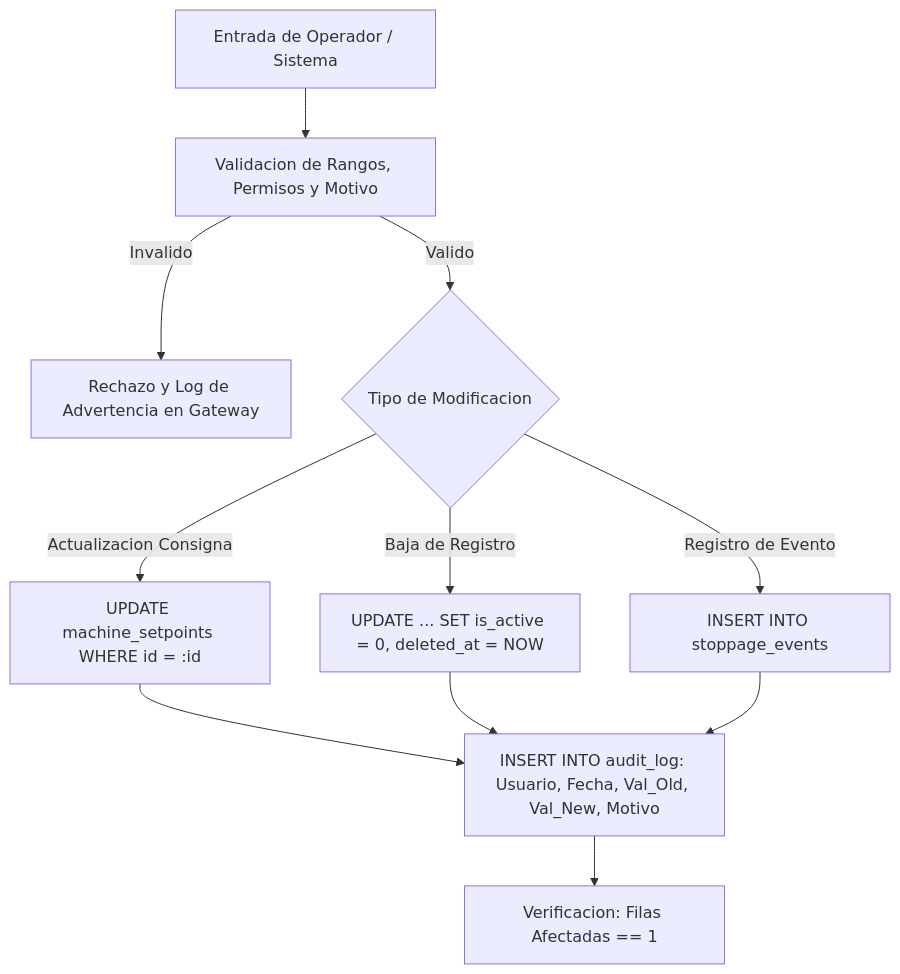
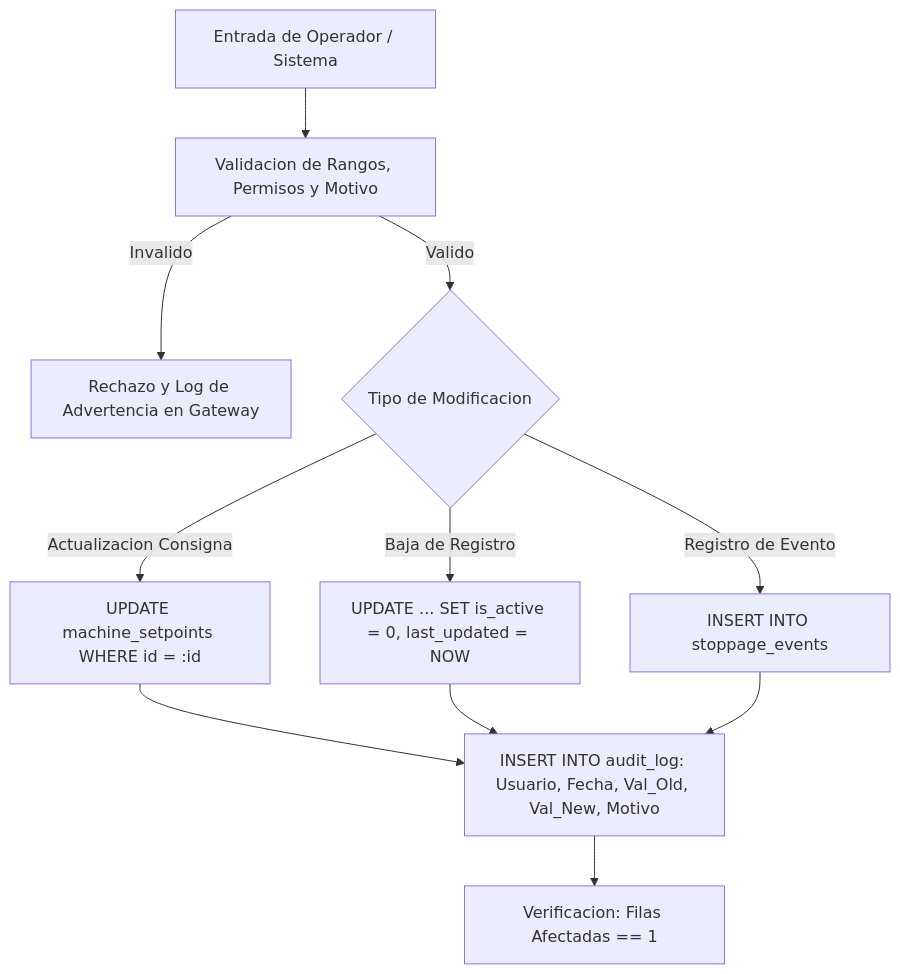
Before and after one commit to edumartinez99/jython-sql-ignition-scada: the first of 2 diagrams in group-1/sesion-5.md, drawn with Mermaid. The commit also changed other lines of this file and 8 other files, not shown here.

````diff
--- a/group-1/sesion-5.md
+++ b/group-1/sesion-5.md
@@ -46,16 +84,16 @@
 ```mermaid
 flowchart TD
     UserInput[Entrada de Operador / Sistema] --> Validate[Validacion de Rangos, Permisos y Motivo]
     Validate -->|Invalido| Reject[Rechazo y Log de Advertencia en Gateway]
     Validate -->|Valido| QueryType{Tipo de Modificacion}
     
     QueryType -->|Actualizacion Consigna| UpdateSP[UPDATE machine_setpoints WHERE id = :id]
-    QueryType -->|Baja de Registro| SoftDelete[UPDATE ... SET is_active = 0, deleted_at = NOW]
+    QueryType -->|Baja de Registro| SoftDelete[UPDATE ... SET is_active = 0, last_updated = NOW]
     QueryType -->|Registro de Evento| InsertEvent[INSERT INTO stoppage_events]
     
     UpdateSP --> Audit[INSERT INTO audit_log: Usuario, Fecha, Val_Old, Val_New, Motivo]
     SoftDelete --> Audit
     InsertEvent --> Audit
     
     Audit --> Confirm[Verificacion: Filas Afectadas == 1]
 ```
````
